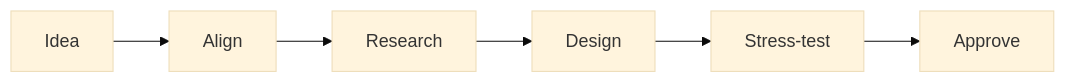
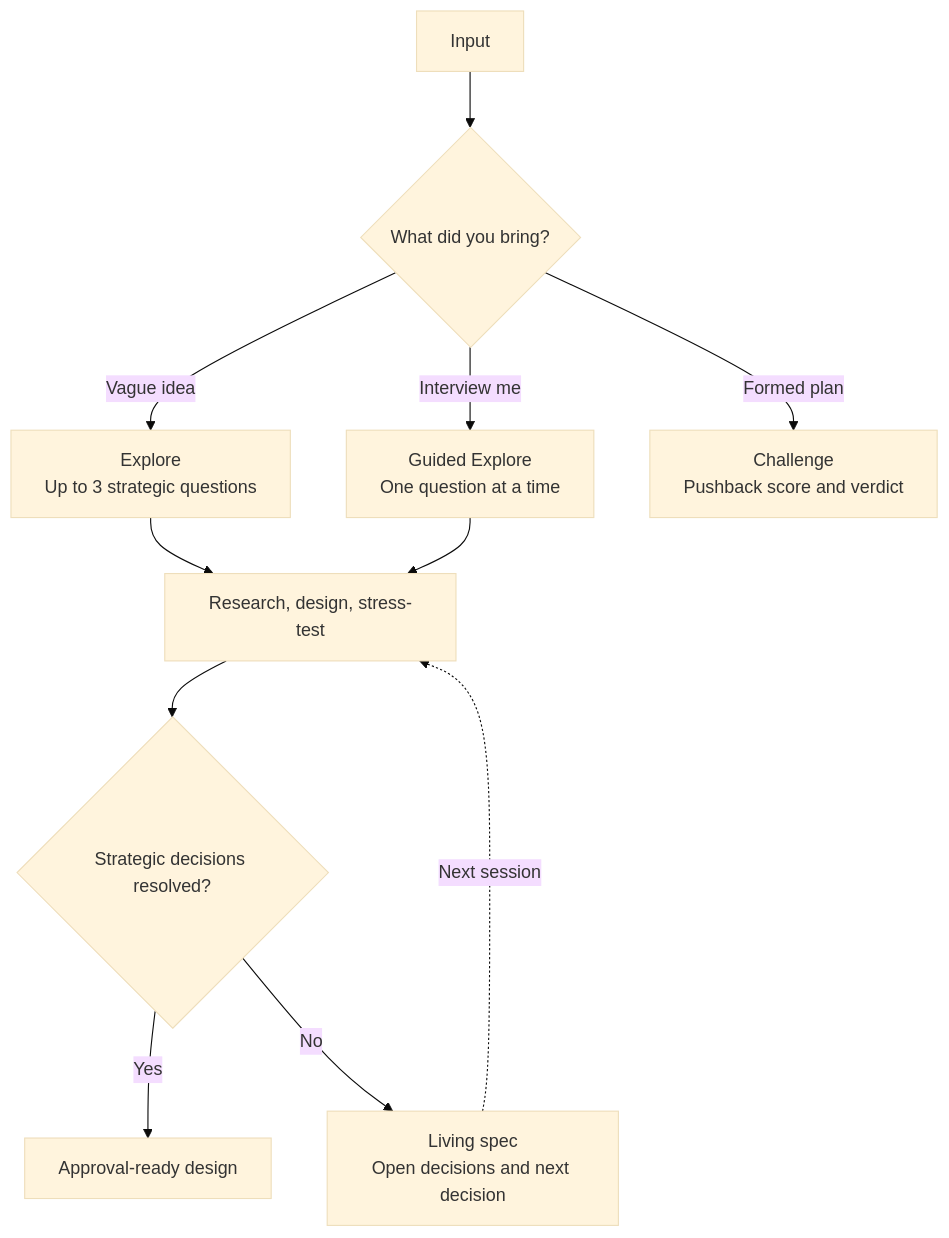
Before and after one commit to vltansky/vs: the second of 4 diagrams in README.md, drawn with Mermaid (base theme). The commit also changed other lines of this file, not shown here.

Commit message:
docs: show core workflow decision paths

````diff
--- a/README.md
+++ b/README.md
@@ -22,4 +22,13 @@
 ```mermaid
-flowchart LR
-    I[Idea] --> A[Align] --> R[Research] --> D[Design] --> P[Stress-test] --> O[Approve]
+flowchart TD
+    I[Input] --> R{What did you bring?}
+    R -- Vague idea --> E[Explore<br/>Up to 3 strategic questions]
+    R -- "Interview me" --> G[Guided Explore<br/>One question at a time]
+    R -- Formed plan --> C[Challenge<br/>Pushback score and verdict]
+    E --> S[Research, design, stress-test]
+    G --> S
+    S --> D{Strategic decisions resolved?}
+    D -- Yes --> O[Approval-ready design]
+    D -- No --> L[Living spec<br/>Open decisions and next decision]
+    L -. Next session .-> S
 ```
````
